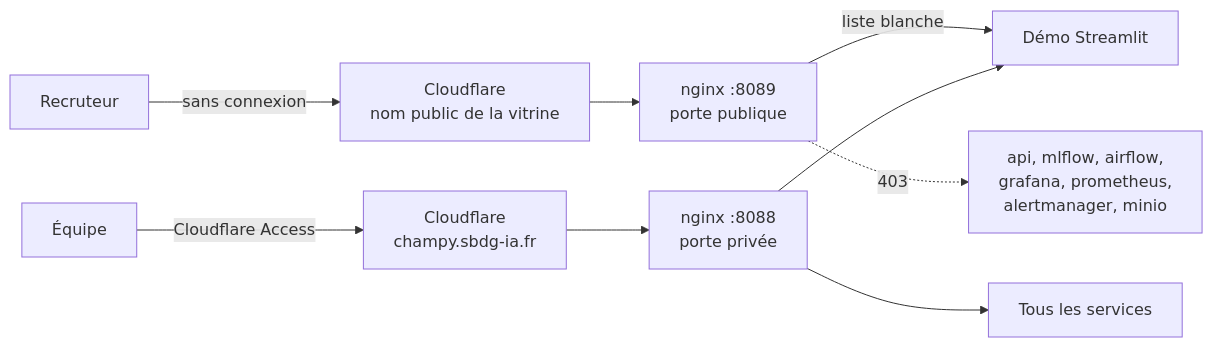
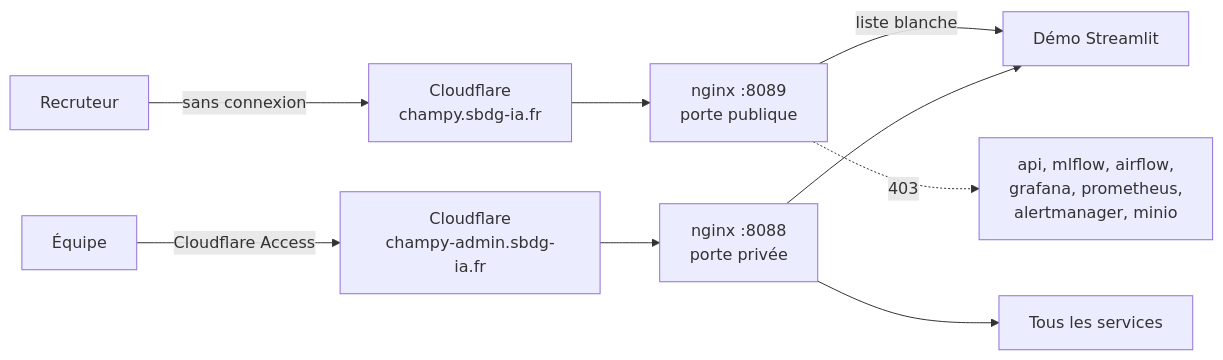
The diagram in docs/adr/0001-vitrine-publique.md (DominiqueGEORGES/Champy_Classifier), drawn with Mermaid before and after one commit. The commit also changed other lines of this file and 1 other file, not shown here.

First line of the commit message:
docs(adr): vitrine sur champy.sbdg-ia.fr, administration sur champy-admin

````diff
--- a/docs/adr/0001-vitrine-publique.md
+++ b/docs/adr/0001-vitrine-publique.md
@@ -28,11 +28,11 @@
 ```mermaid
 flowchart LR
-    R[Recruteur] -->|sans connexion| CFp[Cloudflare<br/>nom public de la vitrine]
-    E[Équipe] -->|Cloudflare Access| CFa[Cloudflare<br/>champy.sbdg-ia.fr]
+    R[Recruteur] -->|sans connexion| CFp[Cloudflare<br/>champy.sbdg-ia.fr]
+    E[Équipe] -->|Cloudflare Access| CFa[Cloudflare<br/>champy-admin.sbdg-ia.fr]
     CFp --> P8089[nginx :8089<br/>porte publique]
     CFa --> P8088[nginx :8088<br/>porte privée]
     P8089 -->|liste blanche| D[Démo Streamlit]
     P8089 -. 403 .-> X[api, mlflow, airflow,<br/>grafana, prometheus,<br/>alertmanager, minio]
     P8088 --> D
     P8088 --> S[Tous les services]
 ```
````
